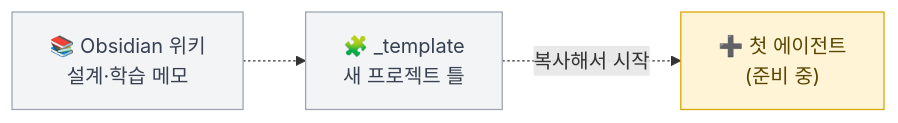
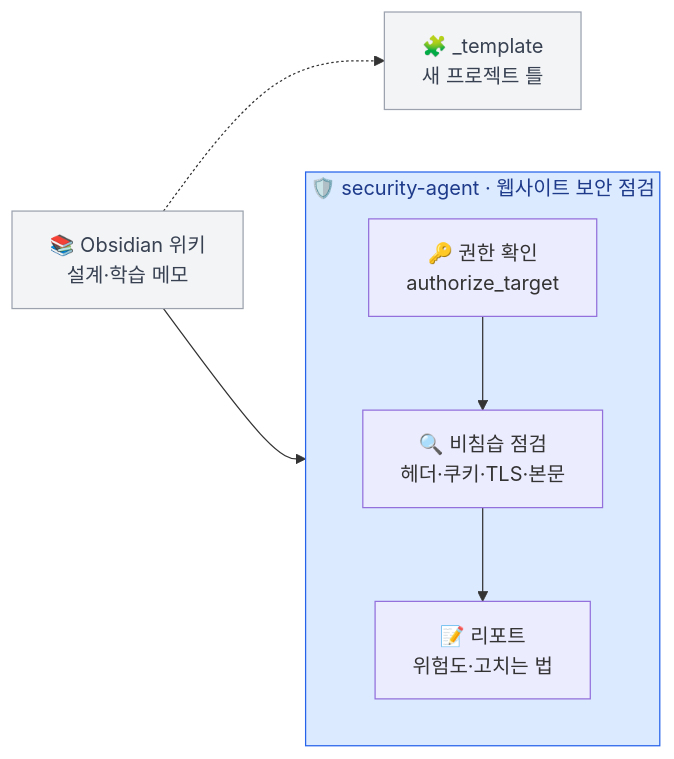
One commit to DODO-YONG/Obsidian changed the diagram in README.md. Above: the diagram before and after it, drawn with Mermaid. The commit also changed other lines of this file and 8 other files, not shown here.

Commit message:
security-agent: 위키 허브, README 지도·표, .env.example, reports/ 제외 추가

````diff
--- a/README.md
+++ b/README.md
@@ -7,14 +7,20 @@
 ```mermaid
 flowchart LR
   W["📚 Obsidian 위키<br/>설계·학습 메모"]
   T["🧩 _template<br/>새 프로젝트 틀"]
   W -.-> T
-  T -.->|복사해서 시작| N["➕ 첫 에이전트<br/>(준비 중)"]
+
+  subgraph SA["🛡️ security-agent · 웹사이트 보안 점검"]
+    direction TB
+    SA1["🔑 권한 확인<br/>authorize_target"] --> SA2["🔍 비침습 점검<br/>헤더·쿠키·TLS·본문"]
+    SA2 --> SA3["📝 리포트<br/>위험도·고치는 법"]
+  end
+  W --> SA
 
   classDef plan fill:#fff4d6,stroke:#d9a400,color:#5a4500
   classDef dev fill:#dbeafe,stroke:#2563eb,color:#1e3a8a
   classDef done fill:#dcfce7,stroke:#16a34a,color:#14532d
   classDef base fill:#f3f4f6,stroke:#9ca3af,color:#374151
   class W,T base
-  class N plan
+  style SA fill:#dbeafe,stroke:#2563eb,color:#1e3a8a
 ```
````
